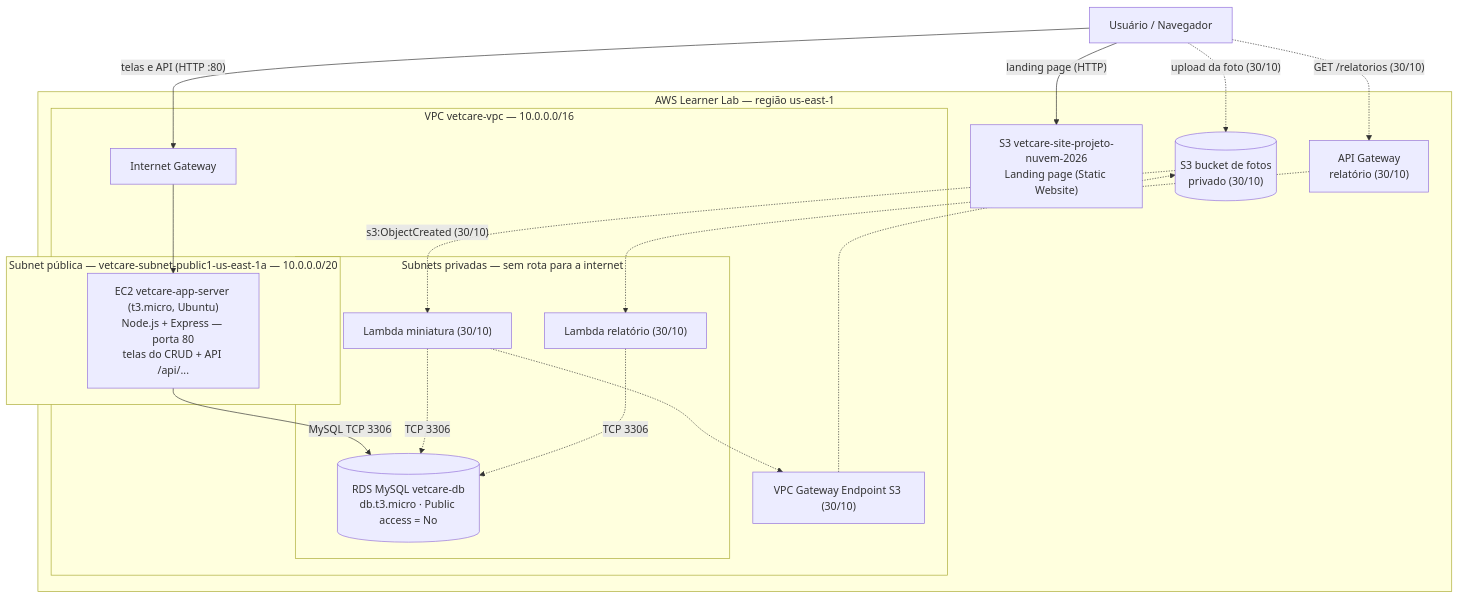
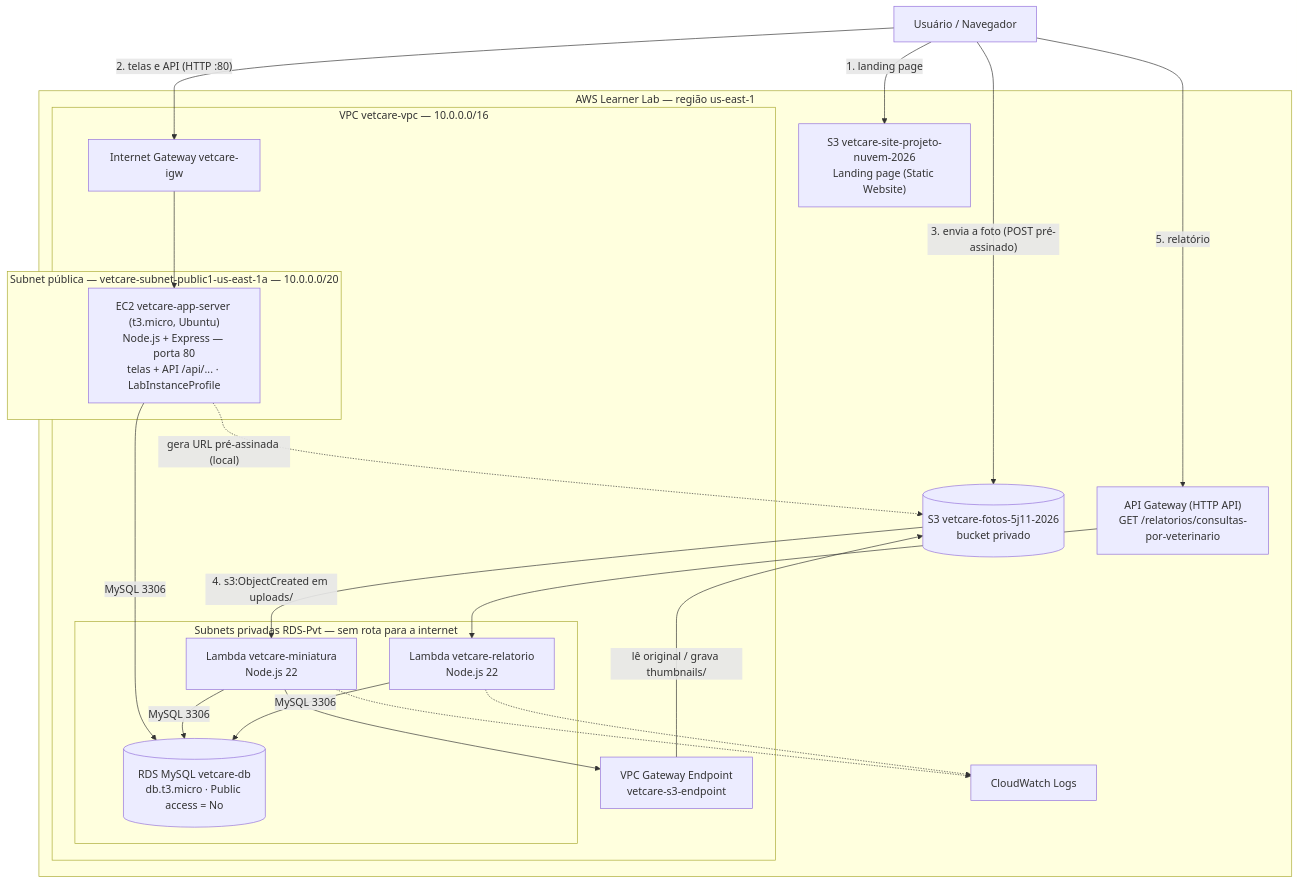
Before and after one commit to AnaBeatrizOliver/Projeto-de-Nuvem-: the first of 3 diagrams in specs/design.md, drawn with Mermaid. The commit also changed other lines of this file and 16 other files, not shown here.

````diff
--- a/specs/design.md
+++ b/specs/design.md
@@ -13,39 +11,43 @@
 ```mermaid
 flowchart TB
     U["Usuário / Navegador"]
 
     subgraph AWS["AWS Learner Lab — região us-east-1"]
         SITE["S3 vetcare-site-projeto-nuvem-2026<br/>Landing page (Static Website)"]
-        FOTOS[("S3 bucket de fotos<br/>privado (30/10)")]
-        APIGW["API Gateway<br/>relatório (30/10)"]
+        FOTOS[("S3 vetcare-fotos-5j11-2026<br/>bucket privado")]
+        APIGW["API Gateway (HTTP API)<br/>GET /relatorios/consultas-por-veterinario"]
+        CW["CloudWatch Logs"]
 
         subgraph VPC["VPC vetcare-vpc — 10.0.0.0/16"]
-            IGW["Internet Gateway"]
+            IGW["Internet Gateway vetcare-igw"]
 
             subgraph PUB["Subnet pública — vetcare-subnet-public1-us-east-1a — 10.0.0.0/20"]
-                EC2["EC2 vetcare-app-server (t3.micro, Ubuntu)<br/>Node.js + Express — porta 80<br/>telas do CRUD + API /api/..."]
+                EC2["EC2 vetcare-app-server (t3.micro, Ubuntu)<br/>Node.js + Express — porta 80<br/>telas + API /api/... · LabInstanceProfile"]
             end
 
-            subgraph PRIV["Subnets privadas — sem rota para a internet"]
+            subgraph PRIV["Subnets privadas RDS-Pvt — sem rota para a internet"]
                 RDS[("RDS MySQL vetcare-db<br/>db.t3.micro · Public access = No")]
-                LT["Lambda miniatura (30/10)"]
-                LR["Lambda relatório (30/10)"]
+                LT["Lambda vetcare-miniatura<br/>Node.js 22"]
+                LR["Lambda vetcare-relatorio<br/>Node.js 22"]
             end
 
-            S3EP["VPC Gateway Endpoint S3 (30/10)"]
+            S3EP["VPC Gateway Endpoint<br/>vetcare-s3-endpoint"]
         end
     end
 
-    U -->|"landing page (HTTP)"| SITE
-    U -->|"telas e API (HTTP :80)"| IGW
+    U -->|"1. landing page"| SITE
+    U -->|"2. telas e API (HTTP :80)"| IGW
     IGW --> EC2
-    EC2 -->|"MySQL TCP 3306"| RDS
-    U -.->|"upload da foto (30/10)"| FOTOS
-    FOTOS -.->|"s3:ObjectCreated (30/10)"| LT
-    LT -.-> S3EP
-    S3EP -.-> FOTOS
-    LT -.->|"TCP 3306"| RDS
-    U -.->|"GET /relatorios (30/10)"| APIGW
-    APIGW -.-> LR
-    LR -.->|"TCP 3306"| RDS
+    EC2 -->|"MySQL 3306"| RDS
+    EC2 -.->|"gera URL pré-assinada (local)"| FOTOS
+    U -->|"3. envia a foto (POST pré-assinado)"| FOTOS
+    FOTOS -->|"4. s3:ObjectCreated em uploads/"| LT
+    LT --> S3EP
+    S3EP -->|"lê original / grava thumbnails/"| FOTOS
+    LT -->|"MySQL 3306"| RDS
+    U -->|"5. relatório"| APIGW
+    APIGW --> LR
+    LR -->|"MySQL 3306"| RDS
+    LT -.-> CW
+    LR -.-> CW
 ```
````
